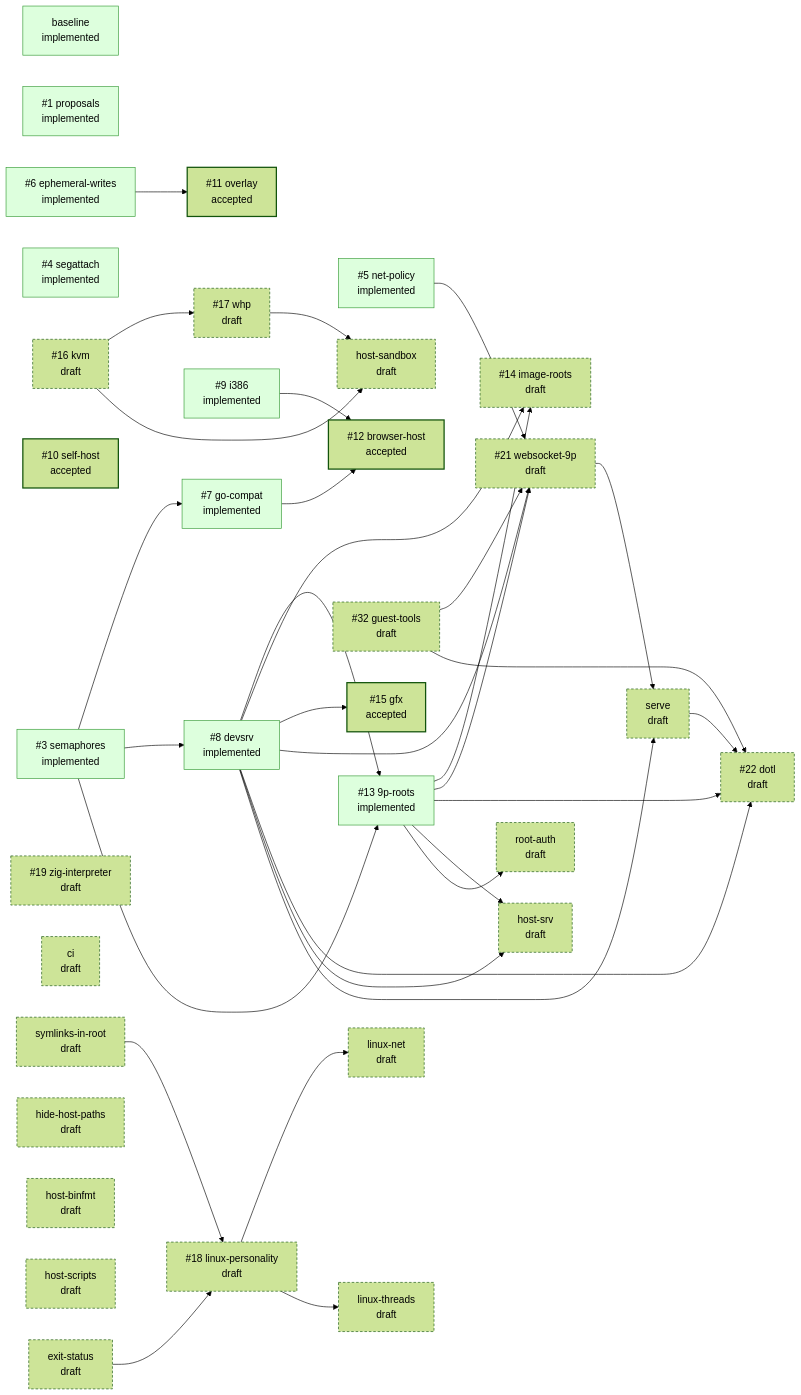
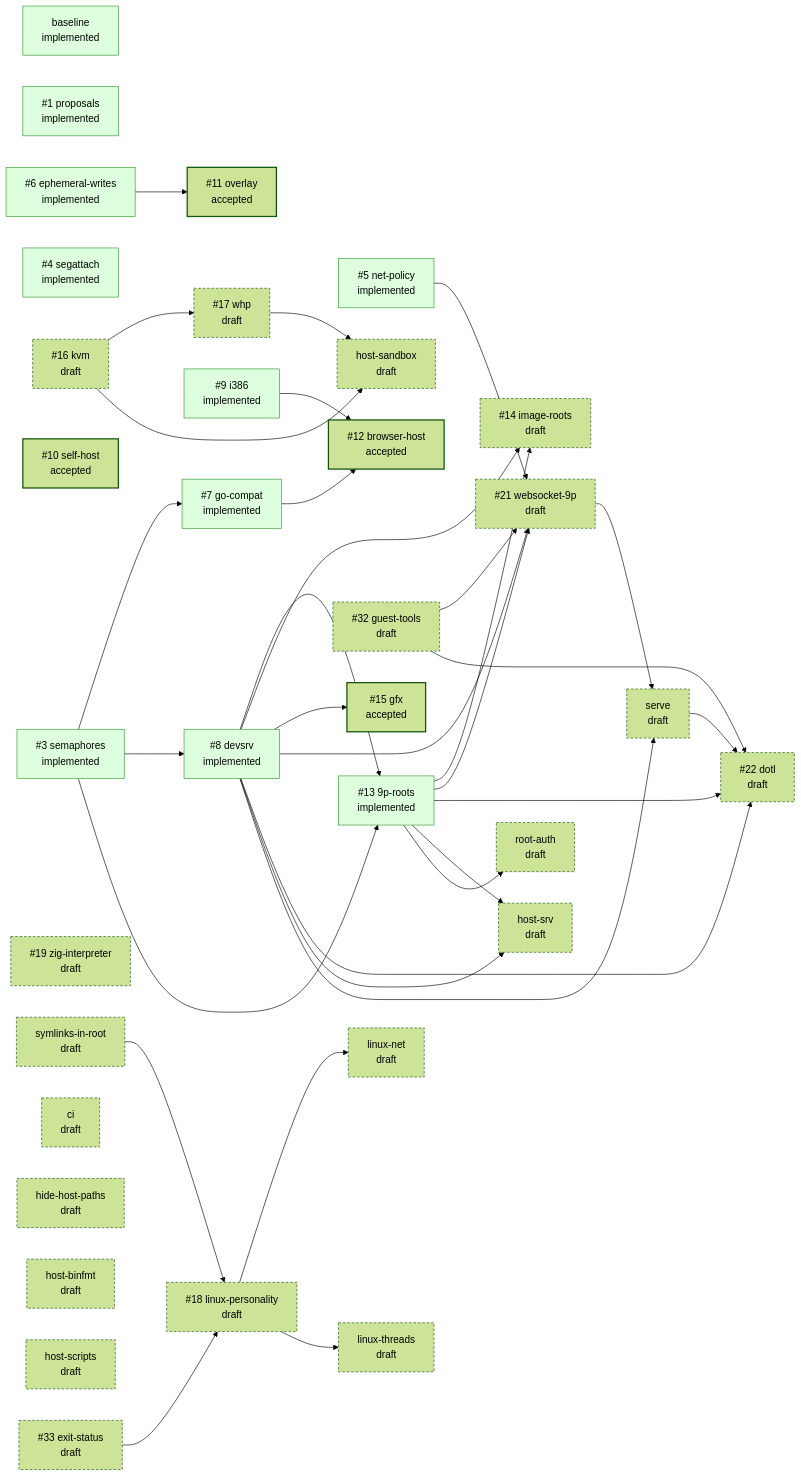
One commit to progrium/hyper9 changed the diagram in README.md. Above: the diagram before and after it, drawn with Mermaid (forest theme). The commit also changed other lines of this file and 2 other files, not shown here.

Commit message:
design: file exit-status as #33

````diff
--- a/README.md
+++ b/README.md
@@ -51,71 +51,71 @@
 ```mermaid
 flowchart LR
   classDef draft stroke-dasharray: 4 3
   classDef accepted stroke-width: 2px
   classDef implemented fill:#dfd,stroke:#393
   classDef closed fill:#eee,stroke:#999,color:#777
   p_baseline["baseline<br/>implemented"]:::implemented
   p_proposals["#35;1 proposals<br/>implemented"]:::implemented
   p_semaphores["#35;3 semaphores<br/>implemented"]:::implemented
   p_segattach["#35;4 segattach<br/>implemented"]:::implemented
   p_net_policy["#35;5 net-policy<br/>implemented"]:::implemented
   p_ephemeral_writes["#35;6 ephemeral-writes<br/>implemented"]:::implemented
   p_go_compat["#35;7 go-compat<br/>implemented"]:::implemented
   p_devsrv["#35;8 devsrv<br/>implemented"]:::implemented
   p_i386["#35;9 i386<br/>implemented"]:::implemented
   p_self_host["#35;10 self-host<br/>accepted"]:::accepted
   p_overlay["#35;11 overlay<br/>accepted"]:::accepted
   p_browser_host["#35;12 browser-host<br/>accepted"]:::accepted
   p_9p_roots["#35;13 9p-roots<br/>implemented"]:::implemented
   p_image_roots["#35;14 image-roots<br/>draft"]:::draft
   p_gfx["#35;15 gfx<br/>accepted"]:::accepted
   p_kvm["#35;16 kvm<br/>draft"]:::draft
   p_whp["#35;17 whp<br/>draft"]:::draft
   p_linux_personality["#35;18 linux-personality<br/>draft"]:::draft
   p_zig_interpreter["#35;19 zig-interpreter<br/>draft"]:::draft
   p_websocket_9p["#35;21 websocket-9p<br/>draft"]:::draft
   p_dotl["#35;22 dotl<br/>draft"]:::draft
   p_guest_tools["#35;32 guest-tools<br/>draft"]:::draft
+  p_exit_status["#35;33 exit-status<br/>draft"]:::draft
   p_ci["ci<br/>draft"]:::draft
-  p_exit_status["exit-status<br/>draft"]:::draft
   p_hide_host_paths["hide-host-paths<br/>draft"]:::draft
   p_host_binfmt["host-binfmt<br/>draft"]:::draft
   p_host_sandbox["host-sandbox<br/>draft"]:::draft
   p_host_scripts["host-scripts<br/>draft"]:::draft
   p_host_srv["host-srv<br/>draft"]:::draft
   p_linux_net["linux-net<br/>draft"]:::draft
   p_linux_threads["linux-threads<br/>draft"]:::draft
   p_root_auth["root-auth<br/>draft"]:::draft
   p_serve["serve<br/>draft"]:::draft
   p_symlinks_in_root["symlinks-in-root<br/>draft"]:::draft
   p_semaphores --> p_go_compat
   p_semaphores --> p_devsrv
   p_ephemeral_writes --> p_overlay
   p_go_compat --> p_browser_host
   p_i386 --> p_browser_host
   p_semaphores --> p_9p_roots
   p_devsrv --> p_9p_roots
   p_devsrv --> p_image_roots
   p_9p_roots --> p_image_roots
   p_devsrv --> p_gfx
   p_kvm --> p_whp
   p_symlinks_in_root --> p_linux_personality
   p_exit_status --> p_linux_personality
   p_net_policy --> p_websocket_9p
   p_devsrv --> p_websocket_9p
   p_9p_roots --> p_websocket_9p
   p_guest_tools --> p_websocket_9p
   p_devsrv --> p_dotl
   p_9p_roots --> p_dotl
   p_serve --> p_dotl
   p_guest_tools --> p_dotl
   p_kvm --> p_host_sandbox
   p_whp --> p_host_sandbox
   p_devsrv --> p_host_srv
   p_9p_roots --> p_host_srv
   p_linux_personality --> p_linux_net
   p_linux_personality --> p_linux_threads
   p_9p_roots --> p_root_auth
   p_devsrv --> p_serve
   p_websocket_9p --> p_serve
 ```
````
